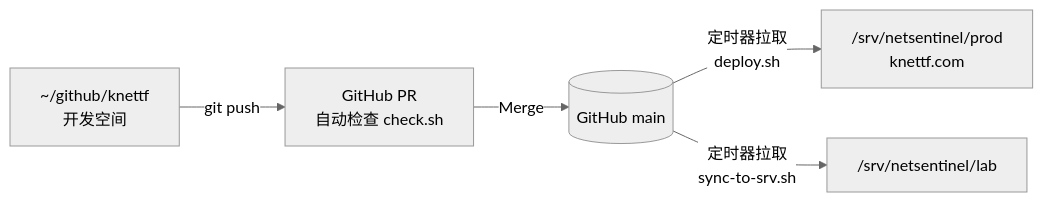
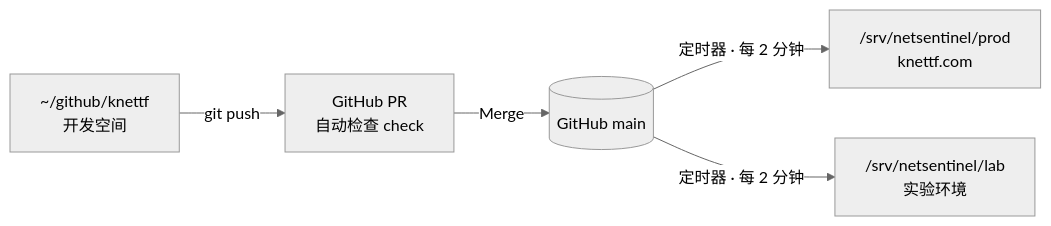
Before and after one commit to knet-lab/knettf: the second of 2 diagrams in README.md, drawn with Mermaid (neutral theme). The commit also changed other lines of this file and 1 other file, not shown here.

````diff
--- a/README.md
+++ b/README.md
@@ -54,7 +48,7 @@
 ```mermaid
 flowchart LR
-    DEV["~/github/knettf<br/>开发空间"] -- "git push" --> PR["GitHub PR<br/>自动检查 check.sh"]
+    DEV["~/github/knettf<br/>开发空间"] -- "git push" --> PR["GitHub PR<br/>自动检查 check"]
     PR -- "Merge" --> MAIN[("GitHub main")]
-    MAIN -- "定时器拉取<br/>deploy.sh" --> PROD["/srv/netsentinel/prod<br/>knettf.com"]
-    MAIN -- "定时器拉取<br/>sync-to-srv.sh" --> LABD["/srv/netsentinel/lab"]
+    MAIN -- "定时器 · 每 2 分钟" --> PROD["/srv/netsentinel/prod<br/>knettf.com"]
+    MAIN -- "定时器 · 每 2 分钟" --> LABD["/srv/netsentinel/lab<br/>实验环境"]
 ```
````
